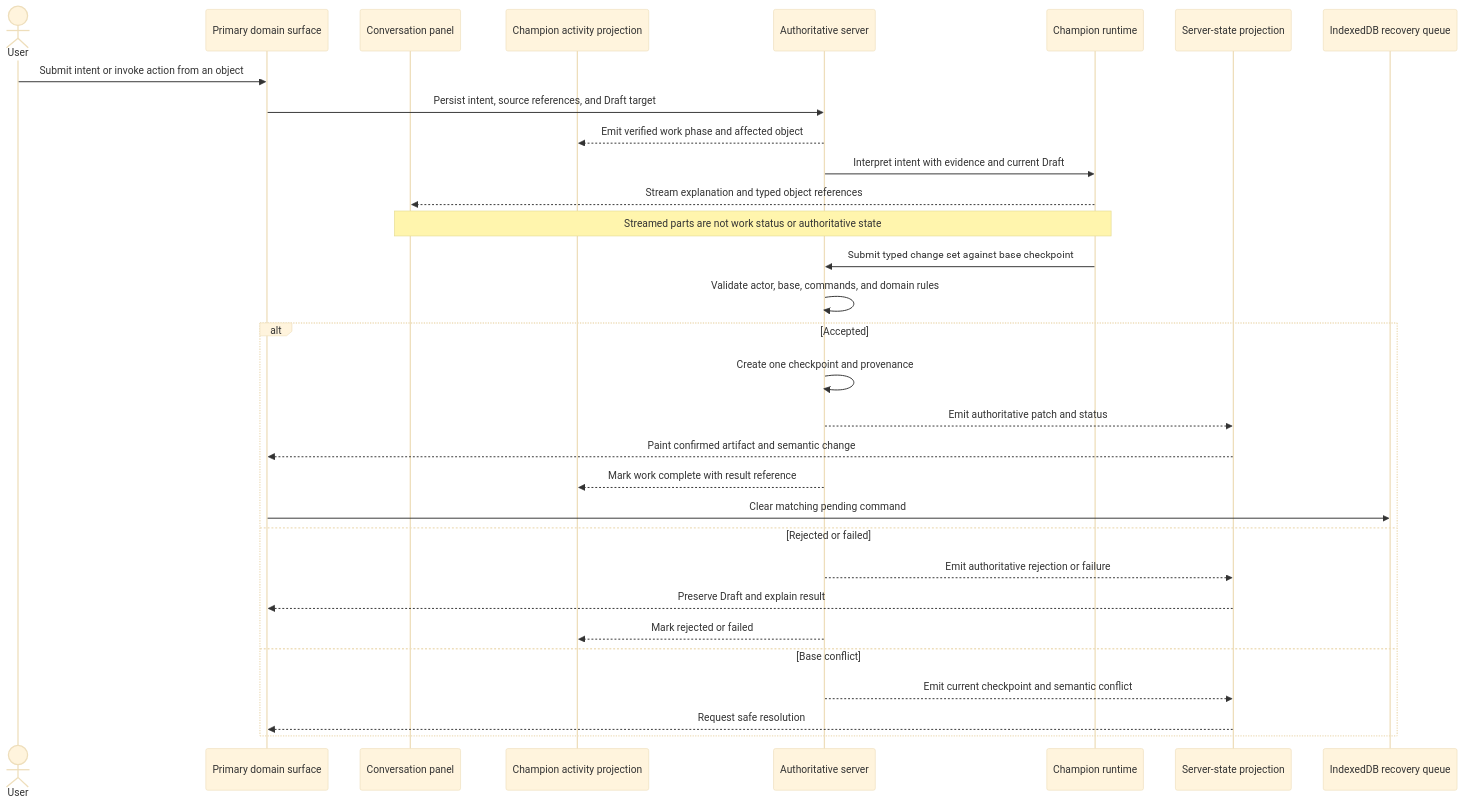
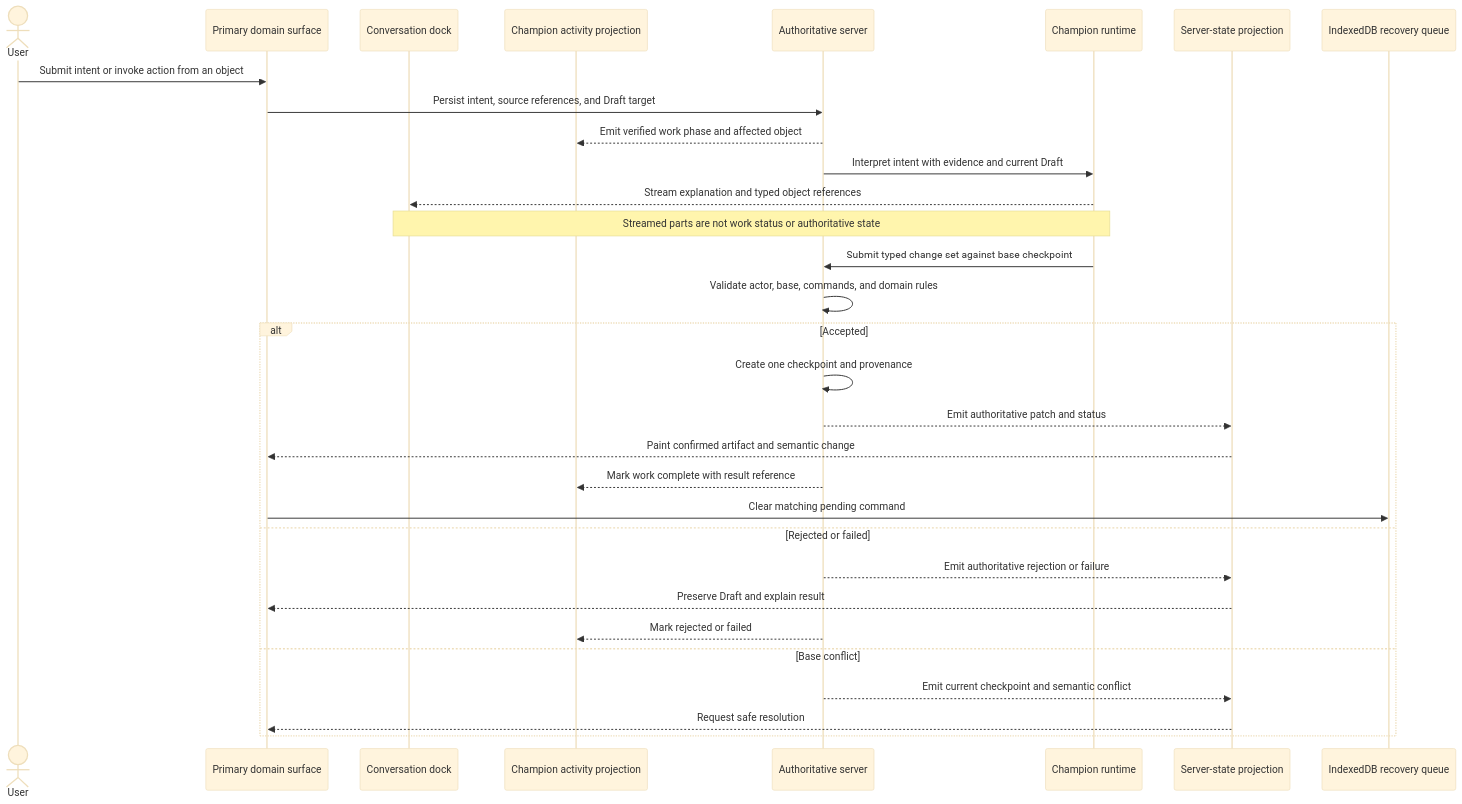
Before and after one commit to moosefroggo/vantheon-architecture: the seventh of 17 diagrams in docs/state-diagrams.md, drawn with Mermaid (base theme). The commit also changed other lines of this file and 19 other files, not shown here.

````diff
--- a/docs/state-diagrams.md
+++ b/docs/state-diagrams.md
@@ -211,34 +211,34 @@
 ```mermaid
 sequenceDiagram
     actor User
     participant Surface as Primary domain surface
-    participant Conversation as Conversation panel
+    participant Conversation as Conversation dock
     participant Activity as Champion activity projection
     participant Server as Authoritative server
     participant Champion as Champion runtime
     participant Query as Server-state projection
     participant Recovery as IndexedDB recovery queue
 
     User->>Surface: Submit intent or invoke action from an object
     Surface->>Server: Persist intent, source references, and Draft target
     Server-->>Activity: Emit verified work phase and affected object
     Server->>Champion: Interpret intent with evidence and current Draft
     Champion-->>Conversation: Stream explanation and typed object references
     Note over Conversation,Champion: Streamed parts are not work status or authoritative state
     Champion->>Server: Submit typed change set against base checkpoint
     Server->>Server: Validate actor, base, commands, and domain rules
     alt Accepted
         Server->>Server: Create one checkpoint and provenance
         Server-->>Query: Emit authoritative patch and status
         Query-->>Surface: Paint confirmed artifact and semantic change
         Server-->>Activity: Mark work complete with result reference
         Surface->>Recovery: Clear matching pending command
     else Rejected or failed
         Server-->>Query: Emit authoritative rejection or failure
         Query-->>Surface: Preserve Draft and explain result
         Server-->>Activity: Mark rejected or failed
     else Base conflict
         Server-->>Query: Emit current checkpoint and semantic conflict
         Query-->>Surface: Request safe resolution
     end
 ```
````
